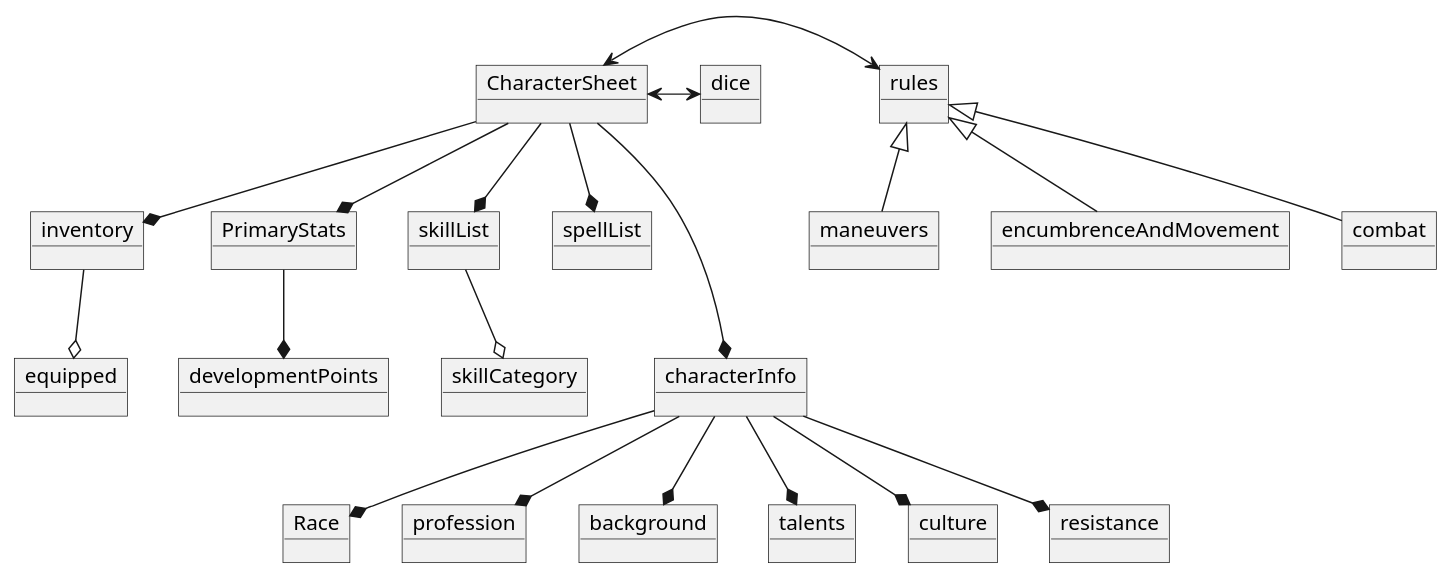
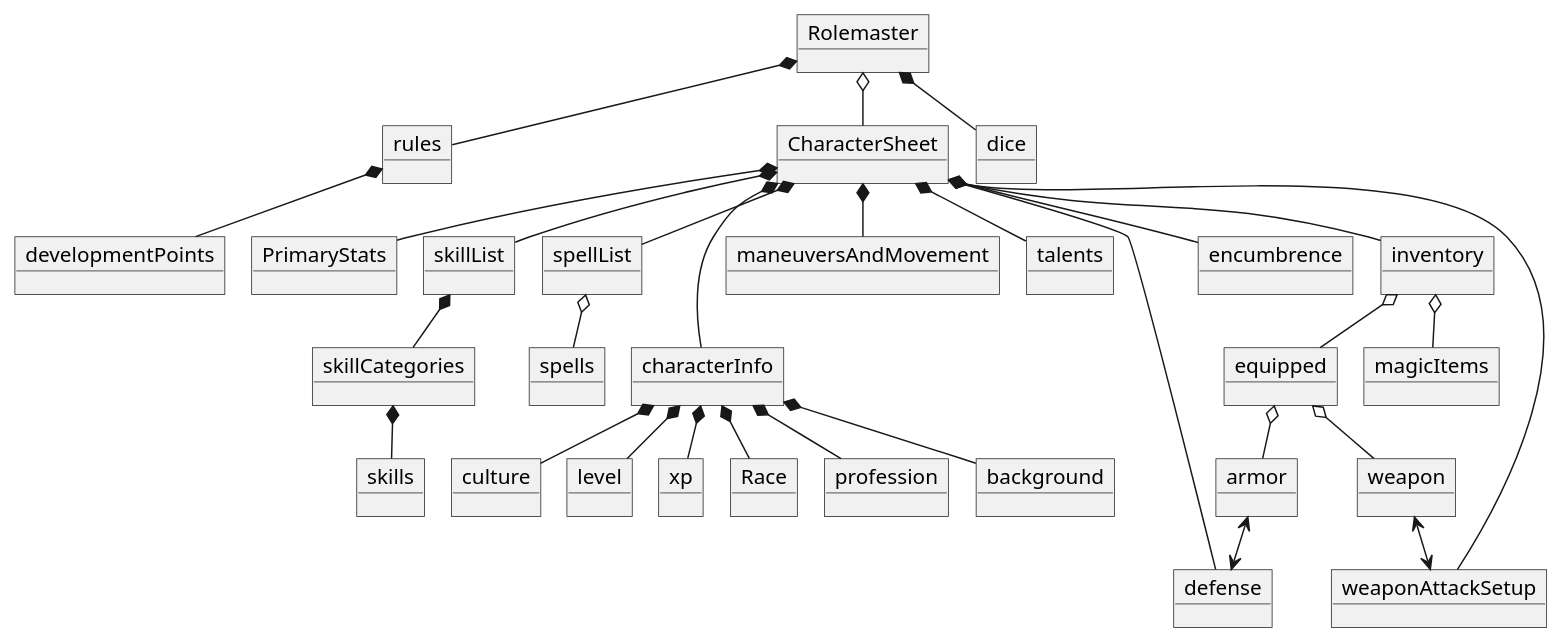
Before and after one commit to Falcho/ICE: the diagram in Docs/DomainModel.puml, drawn with PlantUML.

Commit message:
Updated domainModel

```diff
--- a/Docs/DomainModel.puml
+++ b/Docs/DomainModel.puml
@@ -1,45 +1,63 @@
 @startuml
 'https://plantuml.com/object-diagram
-
+!pragma layout smetana
+object Rolemaster
 object inventory
 object PrimaryStats
 object skillList
 object spellList
 object equipped
 object characterInfo
 object Race
 object profession
 object background
 object rules
-object maneuvers
+object maneuversAndMovement
 object developmentPoints
 object talents
 object culture
 object CharacterSheet
-object skillCategory
+object skillCategories
 object dice
-object resistance
-object encumbrenceAndMovement
-object combat
+object defense
+object encumbrence
+object weaponAttackSetup
+object skills
+object spells
+object magicItems
+object armor
+object weapon
+object level
+object xp
 
-CharacterSheet --* PrimaryStats
-CharacterSheet --* skillList
-CharacterSheet --* spellList
-CharacterSheet ---* characterInfo
-CharacterSheet --* inventory
-CharacterSheet <-> rules
-characterInfo --* Race
-characterInfo --* profession
-characterInfo --* background
-characterInfo --* culture
-characterInfo --* talents
-characterInfo --* resistance
-inventory --o equipped
-PrimaryStats --* developmentPoints
-rules <|-- maneuvers
-rules <|-- encumbrenceAndMovement
-rules <|-- combat
-CharacterSheet <-> dice
-skillList --o skillCategory
+Rolemaster o-- CharacterSheet
+Rolemaster *-- rules
+Rolemaster *-- dice
+CharacterSheet *-- PrimaryStats
+CharacterSheet *-- skillList
+CharacterSheet *-- spellList
+CharacterSheet *--- characterInfo
+CharacterSheet *-- inventory
+characterInfo *-- Race
+characterInfo *-- profession
+characterInfo *-- background
+characterInfo *-- culture
+CharacterSheet *-- talents
+CharacterSheet *-- defense
+inventory o-- equipped
+CharacterSheet *-- maneuversAndMovement
+CharacterSheet *-- encumbrence
+CharacterSheet *-- weaponAttackSetup
+skillList *-- skillCategories
+skillCategories *-- skills
+spellList o-- spells
+inventory o-- magicItems
+equipped o-- armor
+equipped o-- weapon
+weapon <--> weaponAttackSetup
+armor <--> defense
+characterInfo *-- level
+characterInfo *-- xp
+rules *-- developmentPoints
 
 @enduml
```
